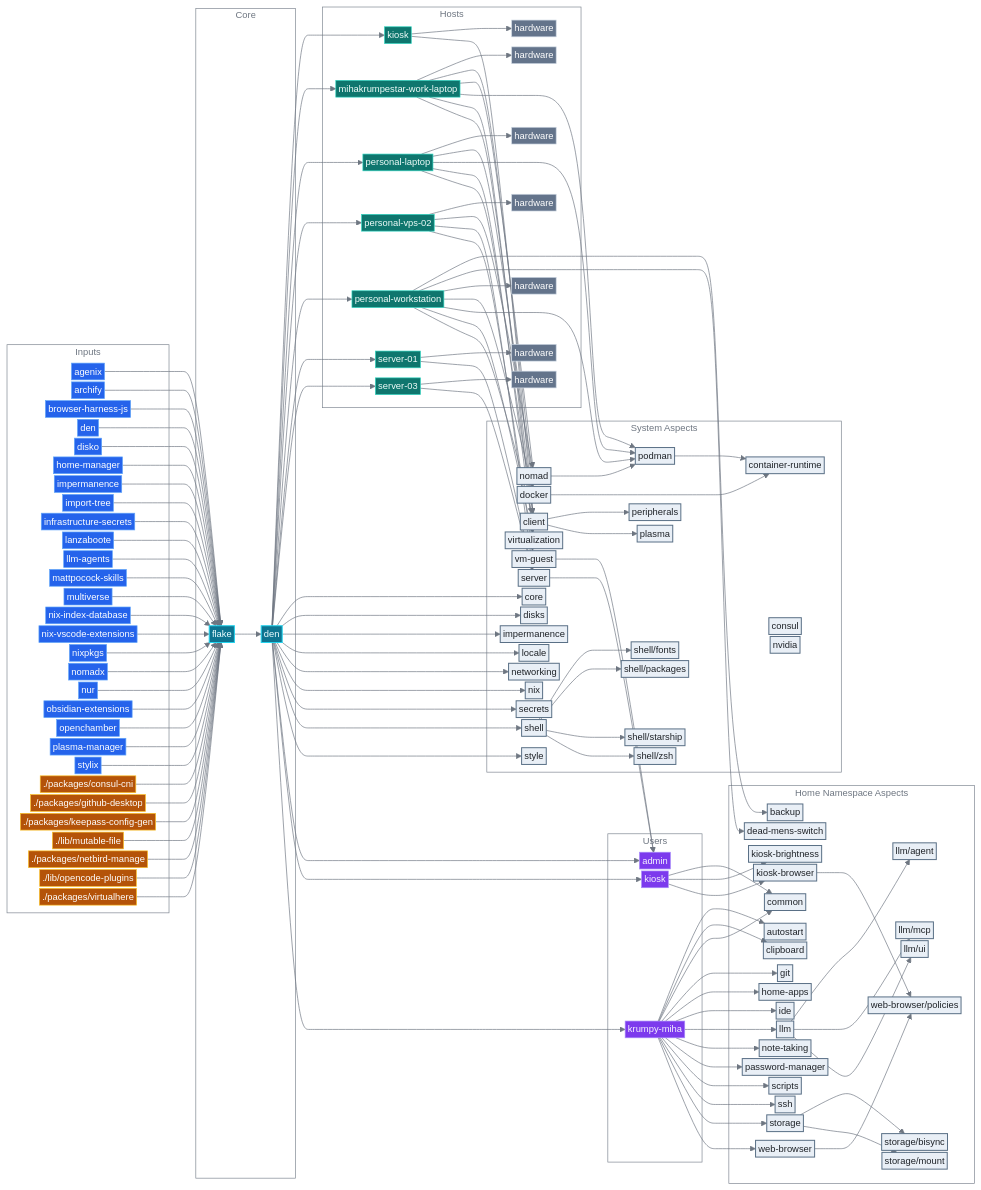
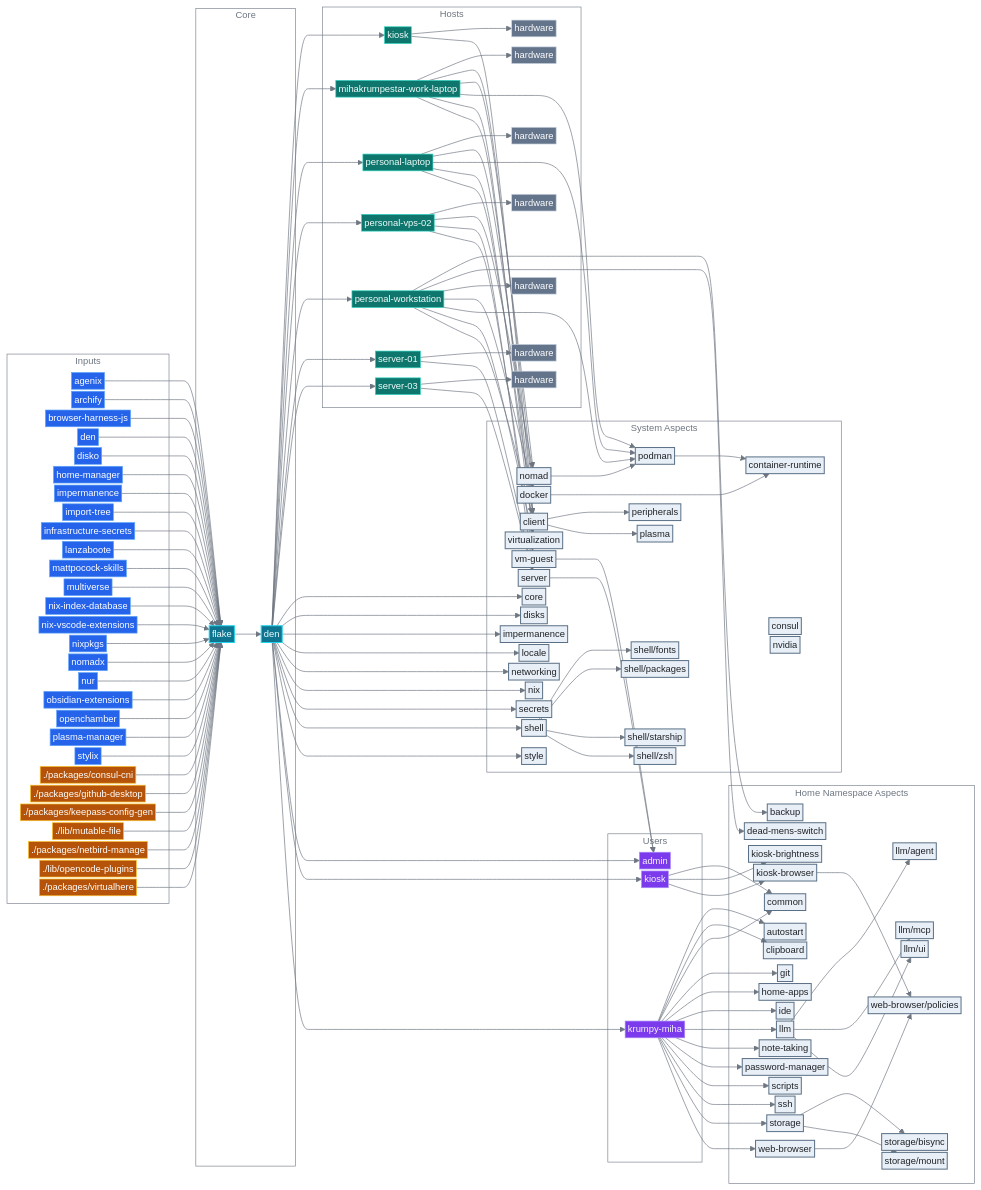
Before and after one commit to mihakrumpestar/infrastructure: the diagram in README.md, drawn with Mermaid. The commit also changed other lines of this file and 6 other files, not shown here.

```diff
--- a/README.md
+++ b/README.md
@@ -142,7 +142,6 @@
         input_import_tree["import-tree"]:::input
         input_infrastructure_secrets["infrastructure-secrets"]:::input
         input_lanzaboote["lanzaboote"]:::input
-        input_llm_agents["llm-agents"]:::input
         input_mattpocock_skills["mattpocock-skills"]:::input
         input_multiverse["multiverse"]:::input
         input_nix_index_database["nix-index-database"]:::input
@@ -311,7 +310,6 @@
     input_import_tree --> flake
     input_infrastructure_secrets --> flake
     input_lanzaboote --> flake
-    input_llm_agents --> flake
     input_mattpocock_skills --> flake
     input_multiverse --> flake
     input_nix_index_database --> flake
```
